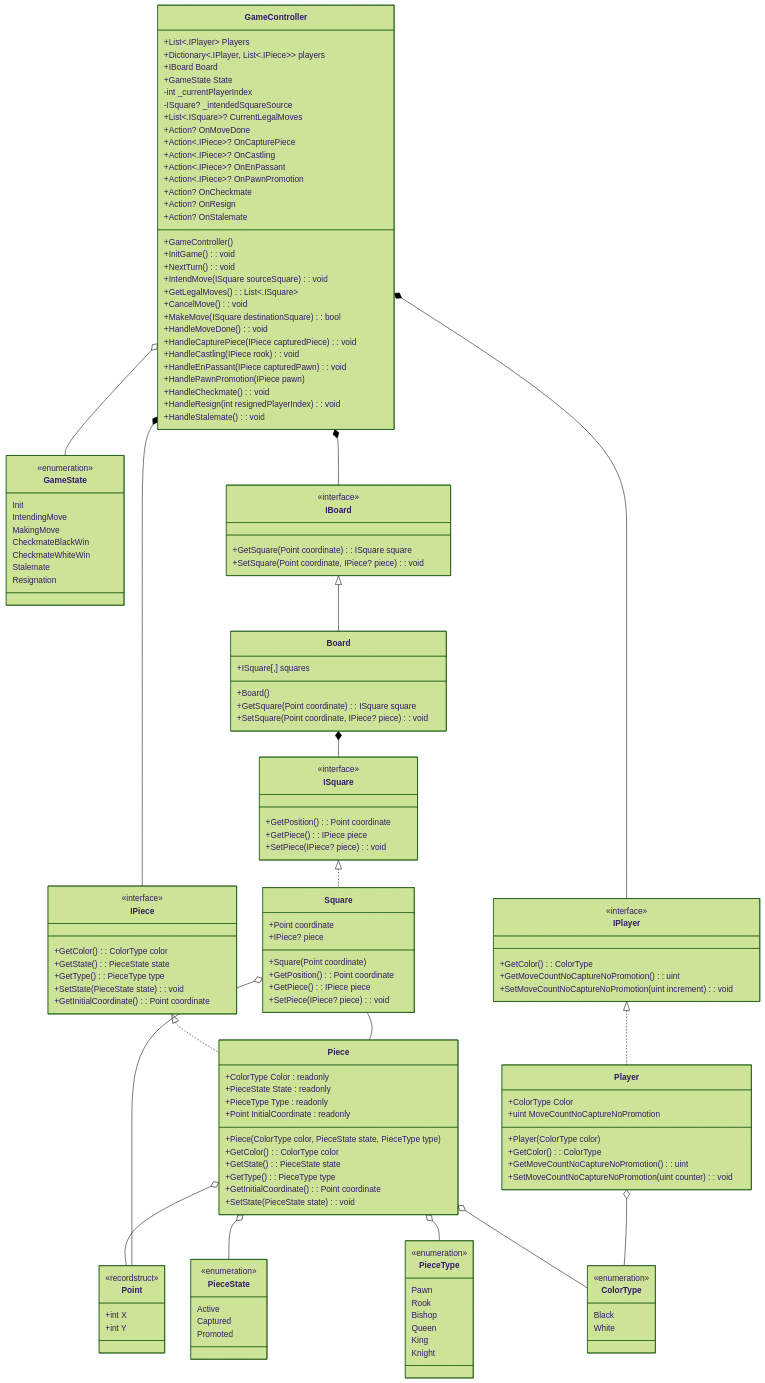
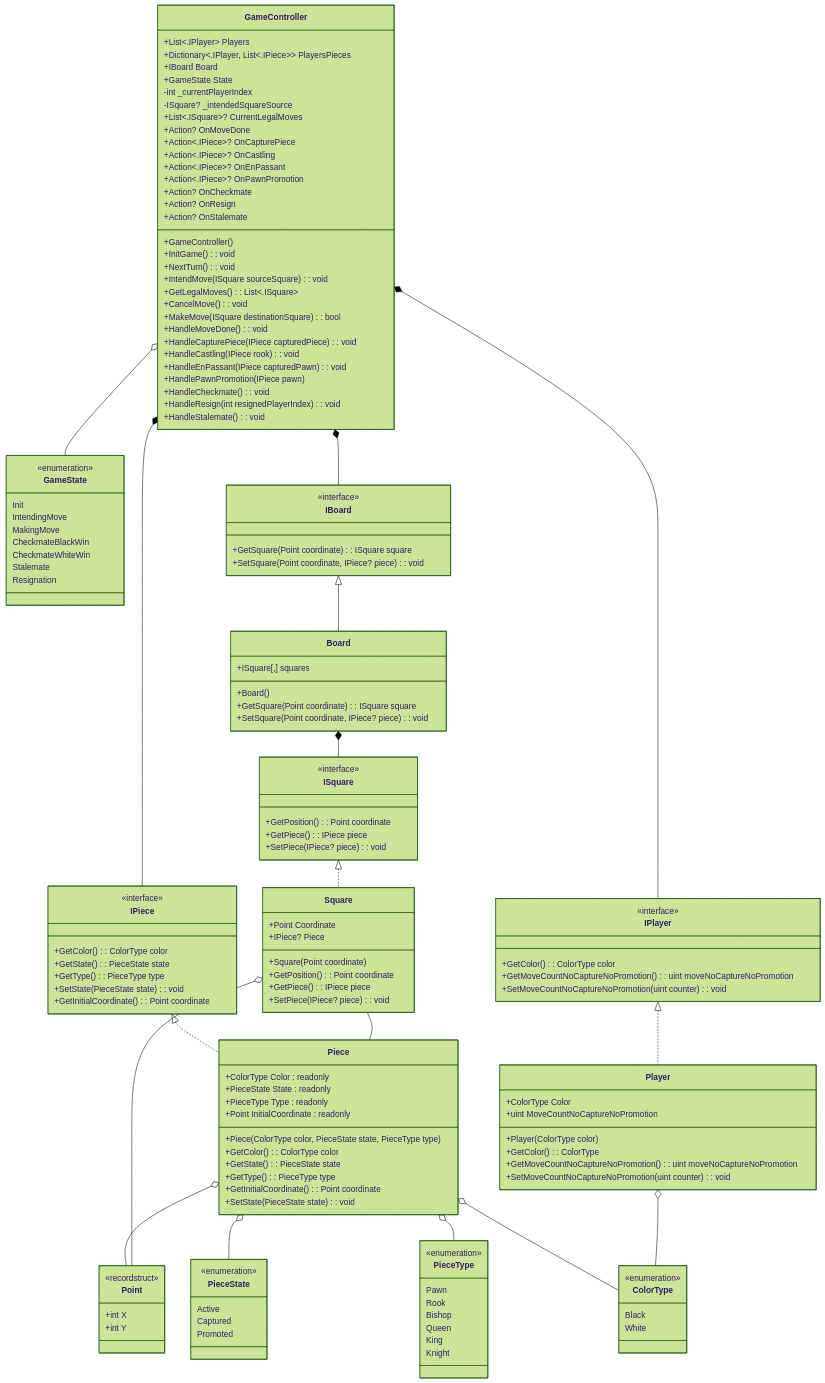
One commit to borednuna/Formulatrix-Batch-14-Bootcamp changed the diagram in Individual Project/Class Diagram/ChessRevisionFinal.mmd. Above: the diagram before and after it, drawn with Mermaid (forest theme).

Commit message:
chore: tidy up naming

```diff
--- a/Individual Project/Class Diagram/ChessRevisionFinal.mmd
+++ b/Individual Project/Class Diagram/ChessRevisionFinal.mmd
@@ -1,158 +1,158 @@
 classDiagram
 
 class ColorType {
     Black
     White
 }
 <<enumeration>> ColorType
 
 class PieceState {
     Active
     Captured
     Promoted
 }
 <<enumeration>> PieceState
 
 class GameState {
     Init
     IntendingMove
     MakingMove
     CheckmateBlackWin
     CheckmateWhiteWin
     Stalemate
     Resignation
 }
 <<enumeration>> GameState
 
 class PieceType {
     Pawn
     Rook
     Bishop
     Queen
     King
     Knight
 }
 <<enumeration>> PieceType
 
 class Point {
     +int X
     +int Y
 }
 <<recordstruct>> Point
 
 class IBoard {
     +GetSquare(Point coordinate) : ISquare square
     +SetSquare(Point coordinate, IPiece? piece) : void
 }
 <<interface>> IBoard
 
 class IPiece {
     +GetColor() : ColorType color
     +GetState() : PieceState state
     +GetType() : PieceType type
     +SetState(PieceState state) : void
     +GetInitialCoordinate() : Point coordinate
 }
 <<interface>> IPiece
 
 class ISquare {
     +GetPosition() : Point coordinate
     +GetPiece() : IPiece piece
     +SetPiece(IPiece? piece) : void
 }
 <<interface>> ISquare
 
 class IPlayer {
-    +GetColor() : ColorType
-    +GetMoveCountNoCaptureNoPromotion() : uint
-    +SetMoveCountNoCaptureNoPromotion(uint increment) : void
+    +GetColor() : ColorType color
+    +GetMoveCountNoCaptureNoPromotion() : uint moveNoCaptureNoPromotion
+    +SetMoveCountNoCaptureNoPromotion(uint counter) : void
 }
 <<interface>> IPlayer
 
 class Player {
     +ColorType Color
     +uint MoveCountNoCaptureNoPromotion
     +Player(ColorType color)
     +GetColor() : ColorType
-    +GetMoveCountNoCaptureNoPromotion() : uint
+    +GetMoveCountNoCaptureNoPromotion() : uint moveNoCaptureNoPromotion
     +SetMoveCountNoCaptureNoPromotion(uint counter) : void
 }
 
 class GameController {
     +List<.IPlayer> Players
-    +Dictionary<.IPlayer, List<.IPiece>> players
+    +Dictionary<.IPlayer, List<.IPiece>> PlayersPieces
     +IBoard Board
     +GameState State
     -int _currentPlayerIndex
     -ISquare? _intendedSquareSource
     +List<.ISquare>? CurrentLegalMoves
     +GameController()
     +InitGame() : void
     +NextTurn() : void
     +IntendMove(ISquare sourceSquare) : void
     +GetLegalMoves() : List<.ISquare>
     +CancelMove() : void
     +MakeMove(ISquare destinationSquare) : bool
     +Action? OnMoveDone
     +HandleMoveDone() : void
     +Action<.IPiece>? OnCapturePiece
     +HandleCapturePiece(IPiece capturedPiece) : void
     +Action<.IPiece>? OnCastling
     +HandleCastling(IPiece rook) : void
     +Action<.IPiece>? OnEnPassant
     +HandleEnPassant(IPiece capturedPawn) : void
     +Action<.IPiece>? OnPawnPromotion
     +HandlePawnPromotion(IPiece pawn)
     +Action? OnCheckmate
     +Action? OnResign
     +Action? OnStalemate
     +HandleCheckmate() : void
     +HandleResign(int resignedPlayerIndex) : void
     +HandleStalemate() : void
 }
 
 class Board {
     +ISquare[,] squares
     +Board()
     +GetSquare(Point coordinate) : ISquare square
     +SetSquare(Point coordinate, IPiece? piece) : void
 }
 
 class Square {
-    +Point coordinate
-    +IPiece? piece
+    +Point Coordinate
+    +IPiece? Piece
     +Square(Point coordinate)
     +GetPosition() : Point coordinate
     +GetPiece() : IPiece piece
     +SetPiece(IPiece? piece) : void
 }
 
 class Piece {
     +ColorType Color : readonly
     +PieceState State : readonly
     +PieceType Type : readonly
     +Point InitialCoordinate : readonly
     +Piece(ColorType color, PieceState state, PieceType type)
     +GetColor() : ColorType color
     +GetState() : PieceState state
     +GetType() : PieceType type
     +GetInitialCoordinate() : Point coordinate
     +SetState(PieceState state) : void
 }
 
 Board *-- ISquare
 GameController *-- IPiece
 GameController *-- IBoard
 GameController *-- IPlayer
 GameController o-- GameState
 IBoard <|-- Board
 IPiece <|.. Piece
 ISquare <|.. Square
 IPlayer <|.. Player
 Piece o-- Point
 Piece o-- PieceState
 Piece o-- PieceType
 Piece o-- ColorType
 Player o-- ColorType
 Square -- Piece
 Square o-- Point
```
